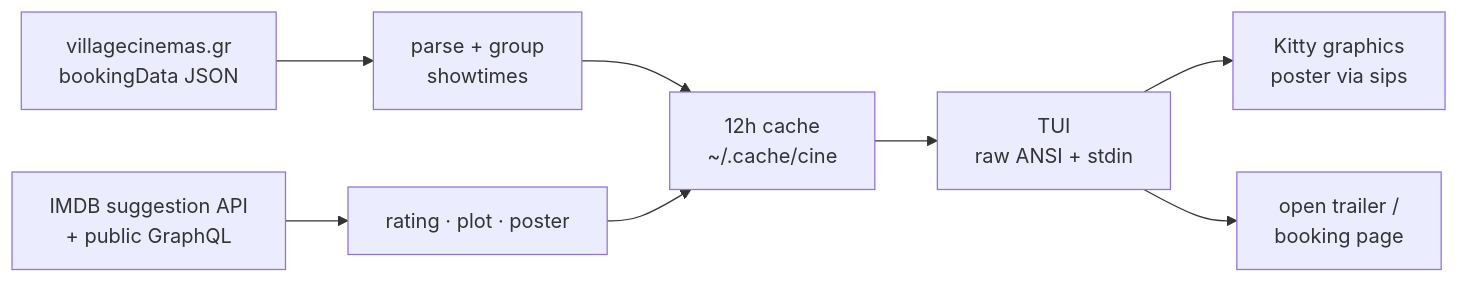
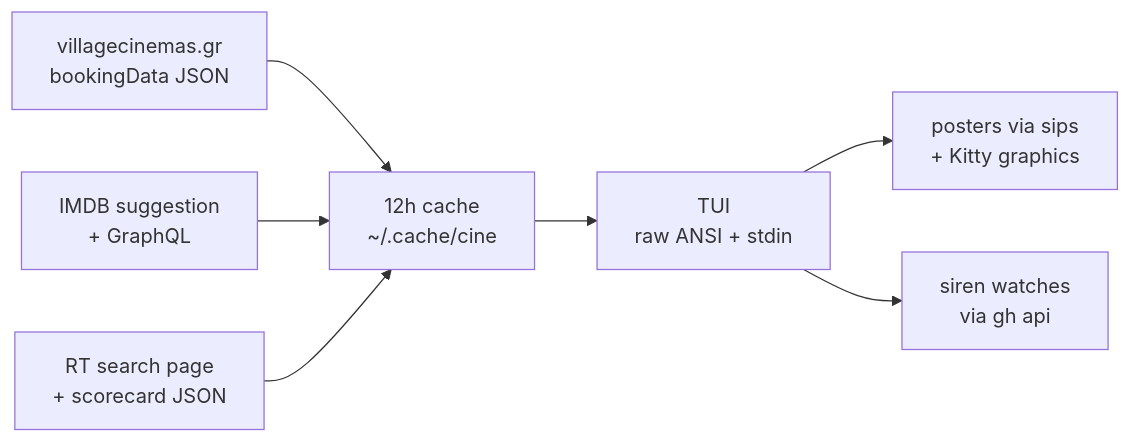
The diagram in README.md (nitrimandylis/cine), drawn with Mermaid before and after one commit. The commit also changed other lines of this file, not shown here.

````diff
--- a/README.md
+++ b/README.md
@@ -75,10 +66,9 @@
 ```mermaid
 flowchart LR
-    A[villagecinemas.gr<br/>bookingData JSON] --> C[parse + group<br/>showtimes]
-    B[IMDB suggestion API<br/>+ public GraphQL] --> D[rating · plot · poster]
-    C --> E[12h cache<br/>~/.cache/cine]
-    D --> E
-    E --> F[TUI<br/>raw ANSI + stdin]
-    F --> G[Kitty graphics<br/>poster via sips]
-    F --> H[open trailer /<br/>booking page]
+    A[villagecinemas.gr<br/>bookingData JSON] --> D[12h cache<br/>~/.cache/cine]
+    B[IMDB suggestion<br/>+ GraphQL] --> D
+    C[RT search page<br/>+ scorecard JSON] --> D
+    D --> E[TUI<br/>raw ANSI + stdin]
+    E --> F[posters via sips<br/>+ Kitty graphics]
+    E --> G[siren watches<br/>via gh api]
 ```
````
